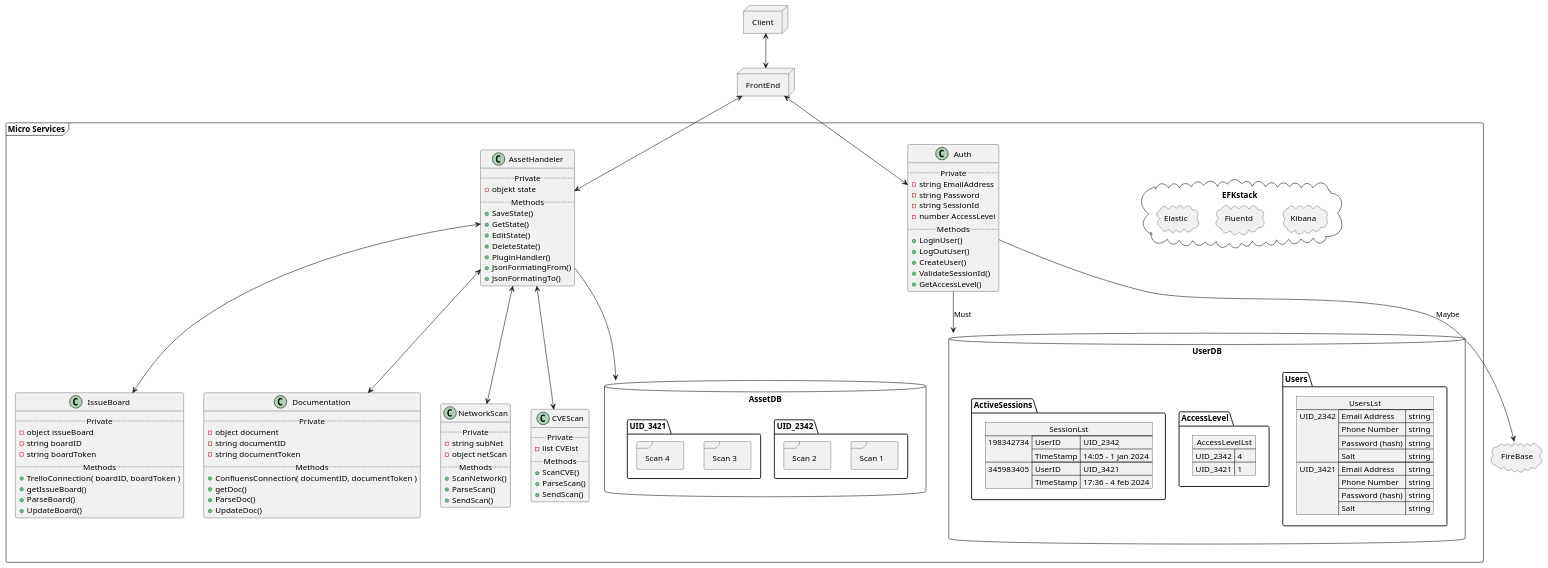
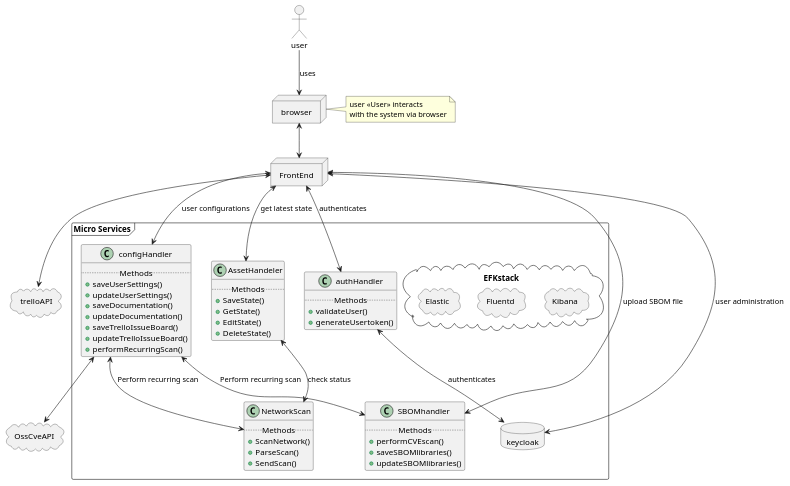
One commit to 2O26/asset-inventory changed the diagram in Template Struktures/microservices.puml. Above: the diagram before and after it, drawn with PlantUML. The commit also changed 3 other files, not shown here.

```diff
--- a/Template Struktures/microservices.puml
+++ b/Template Struktures/microservices.puml
@@ -1,170 +1,99 @@
 @startuml "MicroServices"
 allow_mixing
 
-node Client
-
+node browser
 node FrontEnd
 
-' frame API
+frame "Micro Services" {
 
-' cloud IPCluster
-cloud FireBase
-
-frame "Micro Services" {
-  ' DB 1
-  class Auth {
-    ..Private..
-    - string EmailAddress
-    - string Password
-    - string SessionId
-    - number AccessLevel
-    ..Methods..
-    + LoginUser()
-    + LogOutUser()
-    + CreateUser()
-    + ValidateSessionId()
-    + GetAccessLevel()
-  }
-
-  ' DB 2
   class AssetHandeler {
-    ..Private..
-    - objekt state
     ..Methods..
     + SaveState()
     + GetState()
     + EditState()
     + DeleteState()
-    + PluginHandler()
-    + JsonFormatingFrom()
-    + JsonFormatingTo()
   }
 
   class NetworkScan {
-    ..Private..
-    - string subNet
-    - object netScan
     ..Methods..
     + ScanNetwork()
     + ParseScan()
     + SendScan()
   }
 
-  class CVEScan {
-    ..Private..
-    - list CVElst
+  class SBOMhandler {
     ..Methods..
-    + ScanCVE()
-    + ParseScan()
-    + SendScan()
+    + performCVEscan()
+    + saveSBOMlibraries()
+    + updateSBOMlibraries()
   }
 
-  class IssueBoard {
-    ..Private..
-    - object issueBoard
-    - string boardID
-    - string boardToken
-    ..Methods..
-    + TrelloConnection( boardID, boardToken )
-    + getIssueBoard()
-    + ParseBoard()
-    + UpdateBoard()
+  class configHandler {
+  ..Methods..
+    + saveUserSettings()
+    + updateUserSettings()
+    + saveDocumentation()
+    + updateDocumentation()
+    + saveTrelloIssueBoard()
+    + updateTrelloIssueBoard()
+    + performRecurringScan()
   }
 
-  class Documentation {
-    ..Private..
-    - object document
-    - string documentID
-    - string documentToken
+  class authHandler {
     ..Methods..
-    + ConfluensConnection( documentID, documentToken )
-    + getDoc()
-    + ParseDoc()
-    + UpdateDoc()
+    + validateUser()
+    + generateUsertoken()
+  }
+
+  database keycloak {
+
   }
 
   cloud EFKstack {
     cloud Kibana {
 
-    } 
-
+    }
     cloud Fluentd {
 
     }
-
     cloud Elastic {
 
-    }
-    
-  }
-
-  database UserDB {
-    folder Users {
-        json UsersLst {
-          "UID_2342": {
-            "Email Address" : "string",
-            "Phone Number" : "string",
-            "Password (hash)" : "string",
-            "Salt" : "string"
-          }
-          ,
-          "UID_3421" : {
-            "Email Address" : "string",
-            "Phone Number" : "string",
-            "Password (hash)" : "string",
-            "Salt" : "string"
-          }
-        }
-    }
-
-    folder AccessLevel {
-      json AccessLevelLst {
-        "UID_2342": "4",
-        "UID_3421": "1"
-      }
-
-    }
-
-    folder ActiveSessions {
-      json SessionLst {
-        "198342734": {"UserID": "UID_2342", "TimeStamp": "14:05 - 1 jan 2024"},
-        "345983405": {"UserID": "UID_3421", "TimeStamp": "17:36 - 4 feb 2024"}
-      }
-
-    }
-  }
-
-  database AssetDB {
-    folder UID_2342 {
-      frame "Scan 1"
-      frame "Scan 2"
-    }
-    folder UID_3421 {
-      frame "Scan 3"
-      frame "Scan 4"
     }
   }
 }
 
+cloud trelloAPI {
 
-Client <--> FrontEnd
-FrontEnd <--> AssetHandeler
-FrontEnd <--> Auth
-AssetHandeler <--> NetworkScan
-AssetHandeler <--> CVEScan
-AssetHandeler <--> IssueBoard
-AssetHandeler <--> Documentation
-' EFKstack <-- AssetHandeler
-' EFKstack <-- NetworkScan
-' EFKstack <-- CVEScan
-' EFKstack <-- IssueBoard
-' EFKstack <-- Auth
-' EFKstack <-- UserDB
-Auth --> UserDB: Must
-Auth --> FireBase: Maybe
-AssetHandeler --> AssetDB
+}
 
+cloud OssCveAPI {
+
+}
+
+actor user
+user --> browser : uses
+note right of browser
+    user <<User>> interacts
+    with the system via browser
+end note
+
+browser <--> FrontEnd
+FrontEnd <--> AssetHandeler : get latest state
+FrontEnd <--> keycloak : user administration
+FrontEnd <--> configHandler : user configurations
+FrontEnd <--> trelloAPI
+FrontEnd <--> SBOMhandler : upload SBOM file
+FrontEnd <--> authHandler : authenticates
+
+authHandler <--> keycloak : authenticates
+
+configHandler <--> NetworkScan : Perform recurring scan
+configHandler <--> SBOMhandler : Perform recurring scan
+
+AssetHandeler <--> NetworkScan : check status
+
+configHandler <--> OssCveAPI
 
 
 
 @enduml
```
